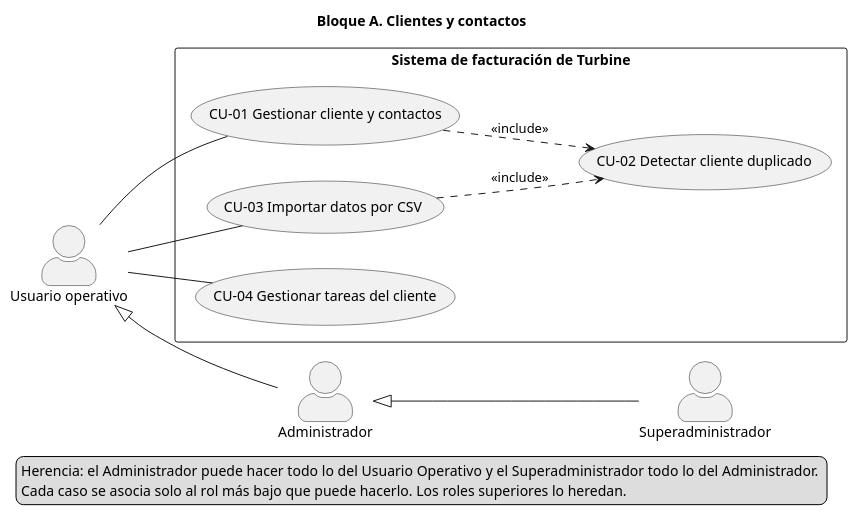
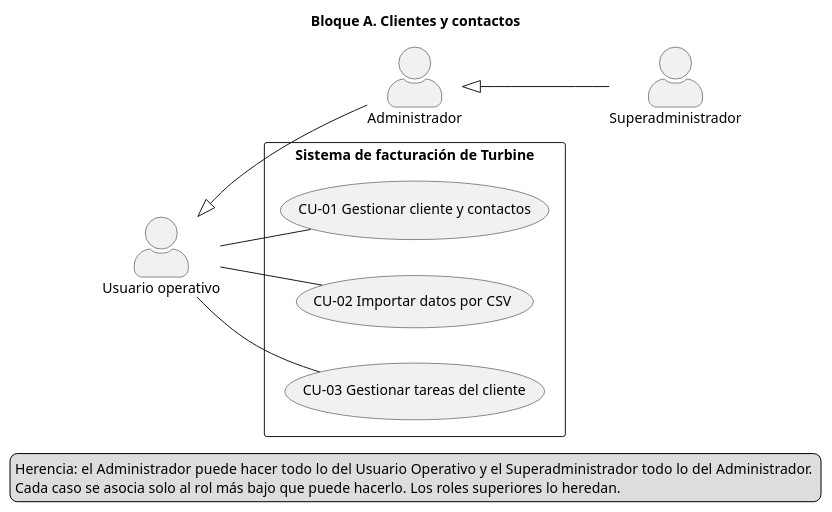
One commit to suqihao-star/JIRAFAS changed the diagram in doc/src/Borradores_Diagramas_UML_Casos_De_Uso/propuesta_PABLO_FERNANDEZ_CARABANTES_diagrama_UML_de_casos_de_uso/Casos_Uso_A_Clientes_y_Contactos.pu. Above: the diagram before and after it, drawn with PlantUML. The commit also changed 2 other files, not shown here.

Commit message:
Implementación de bloques A y B en especificación: Renumerados Casos de uso en UML en B comenzando por el 01 y eliminado antiguo CU-02 en A.

```diff
--- a/doc/src/Borradores_Diagramas_UML_Casos_De_Uso/propuesta_PABLO_FERNANDEZ_CARABANTES_diagrama_UML_de_casos_de_uso/Casos_Uso_A_Clientes_y_Contactos.pu
+++ b/doc/src/Borradores_Diagramas_UML_Casos_De_Uso/propuesta_PABLO_FERNANDEZ_CARABANTES_diagrama_UML_de_casos_de_uso/Casos_Uso_A_Clientes_y_Contactos.pu
@@ -1,26 +1,23 @@
 @startuml
 skinparam actorStyle awesome
 skinparam packageStyle rectangle
 left to right direction
 title Bloque A. Clientes y contactos
 actor "Usuario operativo" as UO
 actor "Administrador" as ADMIN
 actor "Superadministrador" as SADMIN
 UO <|-- ADMIN
 ADMIN <|-- SADMIN
 rectangle "Sistema de facturación de Turbine" {
   usecase "CU-01 Gestionar cliente y contactos" as CU01
-  usecase "CU-02 Detectar cliente duplicado" as CU02
-  usecase "CU-03 Importar datos por CSV" as CU03
-  usecase "CU-04 Gestionar tareas del cliente" as CU04
+  usecase "CU-02 Importar datos por CSV" as CU02
+  usecase "CU-03 Gestionar tareas del cliente" as CU03
 }
 UO -- CU01
+UO -- CU02
 UO -- CU03
-UO -- CU04
-CU01 ..> CU02 : <<include>>
-CU03 ..> CU02 : <<include>>
 legend bottom
 Herencia: el Administrador puede hacer todo lo del Usuario Operativo y el Superadministrador todo lo del Administrador. 
 Cada caso se asocia solo al rol más bajo que puede hacerlo. Los roles superiores lo heredan.
 endlegend
 @enduml
```
